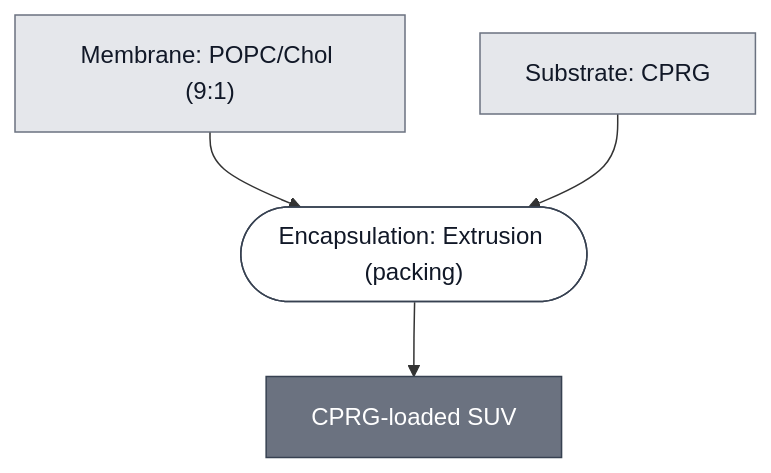
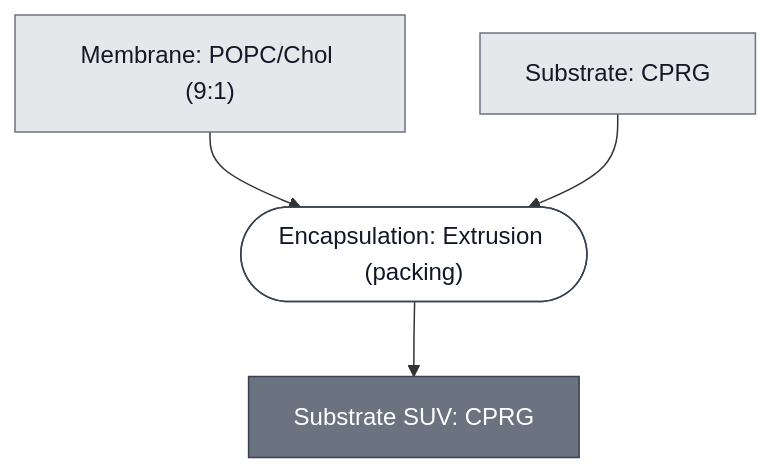
One commit to nucleus-eng/nucleus-docs changed the diagram in docs/modules/substrate-cprg-suv/spec.md. Above: the diagram before and after it, drawn with Mermaid. The commit also changed 9 other files, not shown here.

````diff
--- a/docs/modules/substrate-cprg-suv/spec.md
+++ b/docs/modules/substrate-cprg-suv/spec.md
@@ -34,25 +34,25 @@
 ```mermaid
 flowchart TD
     MEMBRANE_POPC_CHOL_9_1["Membrane: POPC/Chol (9:1)"]
     SUBSTRATE_CPRG["Substrate: CPRG"]
 
     P1_HYDRATE_AND_EXTRUDE_0(["Encapsulation: Extrusion (packing)"])
-    SUBSTRATE_CPRG_SUV["CPRG-loaded SUV"]
+    SUBSTRATE_CPRG_SUV["Substrate SUV: CPRG"]
 
     MEMBRANE_POPC_CHOL_9_1 --> P1_HYDRATE_AND_EXTRUDE_0
     SUBSTRATE_CPRG --> P1_HYDRATE_AND_EXTRUDE_0
     P1_HYDRATE_AND_EXTRUDE_0 --> SUBSTRATE_CPRG_SUV
 
 
     classDef leaf     fill:#e5e7eb,stroke:#6b7280,color:#111827;
     classDef composed fill:#6b7280,stroke:#374151,color:#ffffff;
     classDef process  fill:#ffffff,stroke:#374151,color:#111827;
     class MEMBRANE_POPC_CHOL_9_1,SUBSTRATE_CPRG leaf;
     class SUBSTRATE_CPRG_SUV composed;
     class P1_HYDRATE_AND_EXTRUDE_0 process;
 
     click MEMBRANE_POPC_CHOL_9_1 "/docs/modules/membrane-popc-chol-9-1/spec"
     click SUBSTRATE_CPRG "/docs/modules/substrate-cprg/spec"
     click P1_HYDRATE_AND_EXTRUDE_0 "/docs/processes/encapsulate-suv/main"
     click SUBSTRATE_CPRG_SUV "/docs/modules/substrate-cprg-suv/spec"
 ```
````
